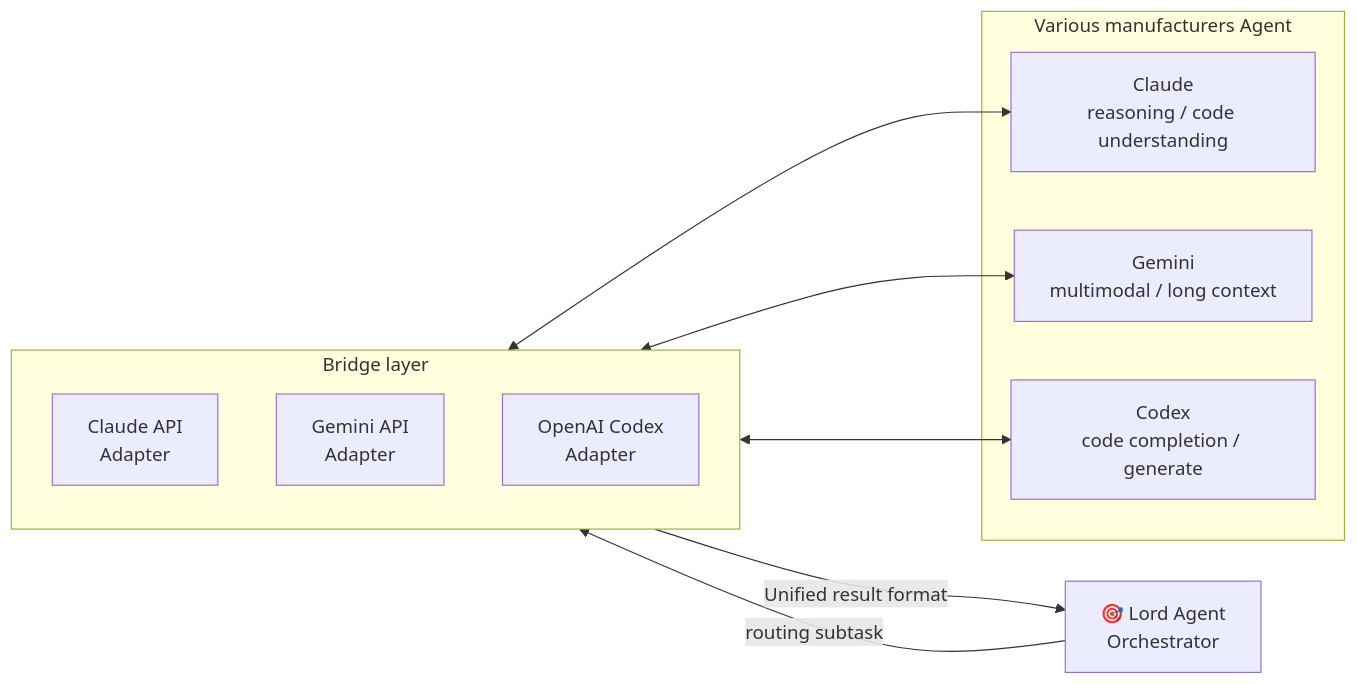
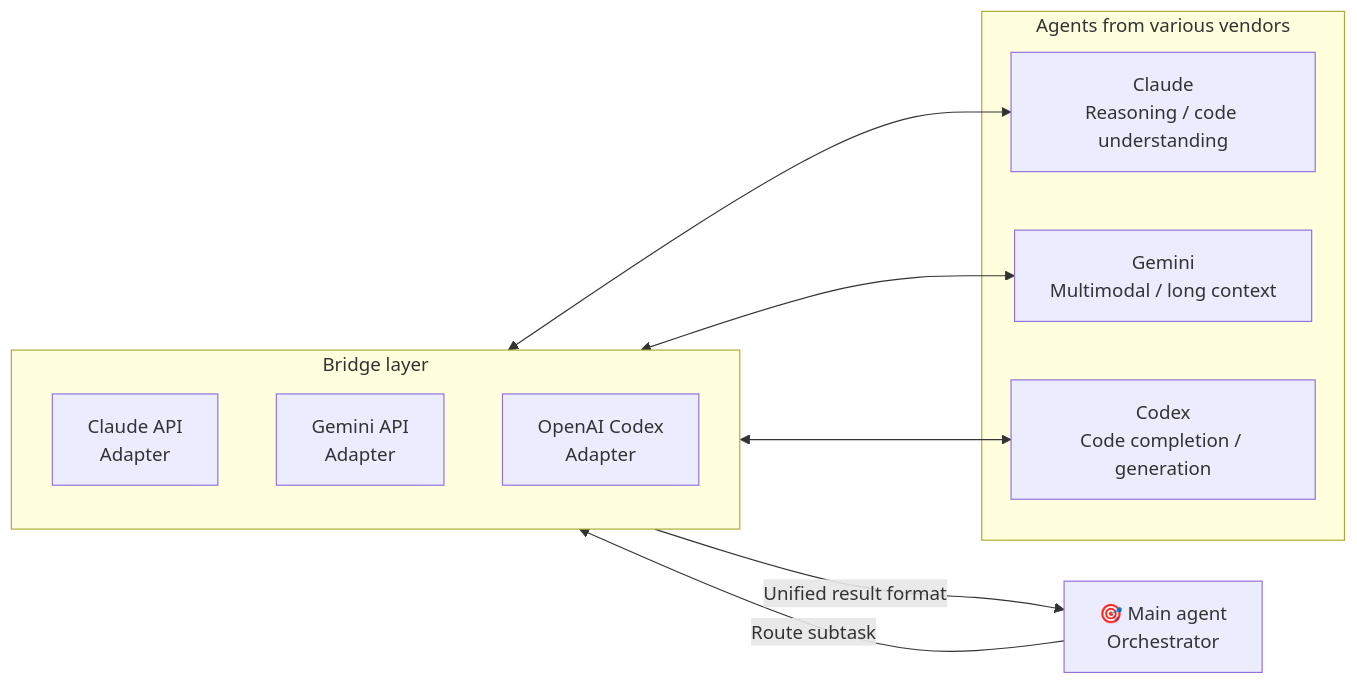
One commit to TingdeLiu/tingdeliu.github.io changed the tenth of 50 diagrams in _translations/en/research/AI-Agent-Survey.md. Above: the diagram before and after it, drawn with Mermaid. The commit also changed other lines of this file and 51 other files, not shown here.

````diff
--- a/_translations/en/research/AI-Agent-Survey.md
+++ b/_translations/en/research/AI-Agent-Survey.md
@@ -683,23 +683,23 @@
 ```mermaid
 flowchart LR
-    ORC["🎯 Lord Agent\nOrchestrator"]
+    ORC["🎯 Main agent\nOrchestrator"]
 
     subgraph BRIDGE["Bridge layer"]
         direction TB
         B1["Claude API\nAdapter"]
         B2["Gemini API\nAdapter"]
         B3["OpenAI Codex\nAdapter"]
     end
 
-    subgraph AGENTS["Various manufacturers Agent"]
-        A1["Claude\nreasoning / code understanding"]
-        A2["Gemini\nmultimodal / long context"]
-        A3["Codex\ncode completion / generate"]
+    subgraph AGENTS["Agents from various vendors"]
+        A1["Claude\nReasoning / code understanding"]
+        A2["Gemini\nMultimodal / long context"]
+        A3["Codex\nCode completion / generation"]
     end
 
-    ORC -->|"routing subtask"| BRIDGE
+    ORC -->|"Route subtask"| BRIDGE
     B1 <--> A1
     B2 <--> A2
     B3 <--> A3
     BRIDGE -->|"Unified result format"| ORC
 ```
````
